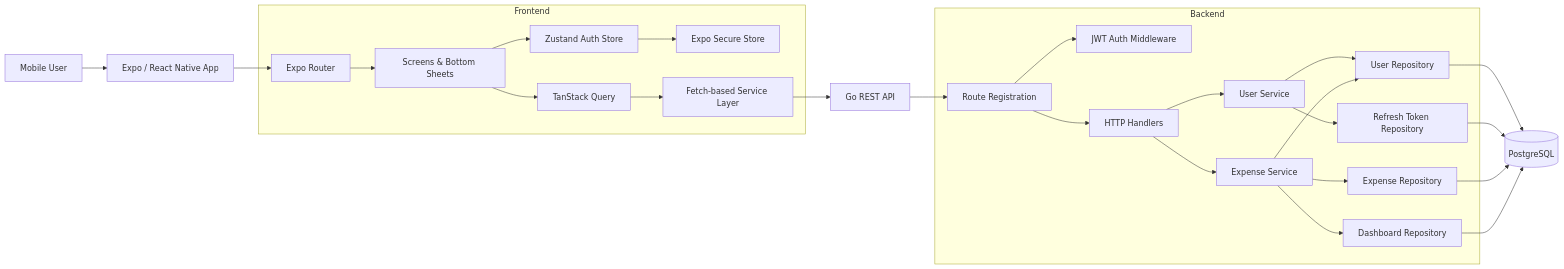
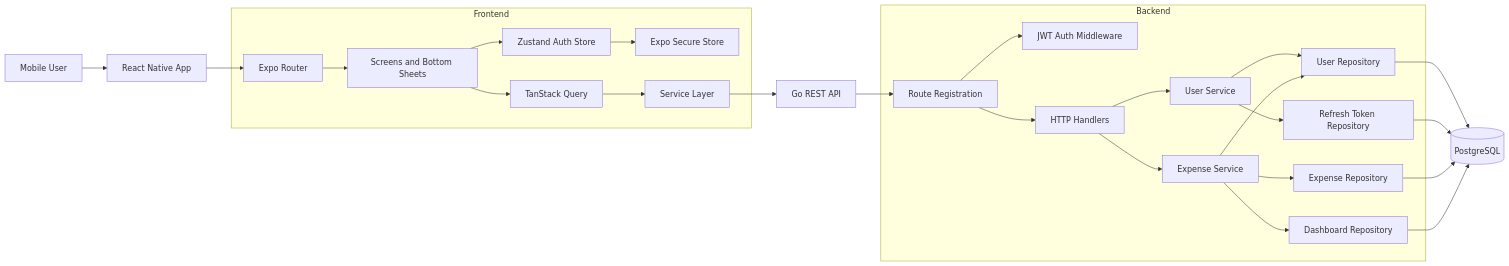
One commit to rishabh-2410/spendster changed the first of 3 diagrams in README.md. Above: the diagram before and after it, drawn with Mermaid. The commit also changed other lines of this file, not shown here.

Commit message:
update er diagram

````diff
--- a/README.md
+++ b/README.md
@@ -96,50 +89,54 @@
 ```mermaid
 flowchart LR
-    User["Mobile User"] --> App["Expo / React Native App"]
 
-    subgraph Frontend["Frontend"]
-        Router["Expo Router"]
-        Screens["Screens & Bottom Sheets"]
-        Query["TanStack Query"]
-        AuthStore["Zustand Auth Store"]
-        SecureStore["Expo Secure Store"]
-        Services["Fetch-based Service Layer"]
+    user["Mobile User"] --> app["React Native App"]
+
+    subgraph frontend["Frontend"]
+        router["Expo Router"]
+        screens["Screens and Bottom Sheets"]
+        query["TanStack Query"]
+        authStore["Zustand Auth Store"]
+        secureStore["Expo Secure Store"]
+        services["Service Layer"]
     end
 
-    App --> Router
-    Router --> Screens
-    Screens --> Query
-    Screens --> AuthStore
-    AuthStore --> SecureStore
-    Query --> Services
+    app --> router
+    router --> screens
+    screens --> query
+    screens --> authStore
+    authStore --> secureStore
+    query --> services
 
-    Services --> API["Go REST API"]
+    services --> api["Go REST API"]
 
-    subgraph Backend["Backend"]
-        Routes["Route Registration"]
-        Middleware["JWT Auth Middleware"]
-        Handlers["HTTP Handlers"]
-        UserService["User Service"]
-        ExpenseService["Expense Service"]
-        UserRepo["User Repository"]
-        TokenRepo["Refresh Token Repository"]
-        ExpenseRepo["Expense Repository"]
-        DashboardRepo["Dashboard Repository"]
+    subgraph backend["Backend"]
+        routes["Route Registration"]
+        middleware["JWT Auth Middleware"]
+        handlers["HTTP Handlers"]
+        userService["User Service"]
+        expenseService["Expense Service"]
+        userRepo["User Repository"]
+        tokenRepo["Refresh Token Repository"]
+        expenseRepo["Expense Repository"]
+        dashboardRepo["Dashboard Repository"]
     end
 
-    API --> Routes
-    Routes --> Middleware
-    Routes --> Handlers
-    Handlers --> UserService
-    Handlers --> ExpenseService
-    UserService --> UserRepo
-    UserService --> TokenRepo
-    ExpenseService --> UserRepo
-    ExpenseService --> ExpenseRepo
-    ExpenseService --> DashboardRepo
+    api --> routes
+    routes --> middleware
+    routes --> handlers
 
-    UserRepo --> DB[("PostgreSQL")]
-    TokenRepo --> DB
-    ExpenseRepo --> DB
-    DashboardRepo --> DB
+    handlers --> userService
+    handlers --> expenseService
+
+    userService --> userRepo
+    userService --> tokenRepo
+
+    expenseService --> userRepo
+    expenseService --> expenseRepo
+    expenseService --> dashboardRepo
+
+    userRepo --> db[("PostgreSQL")]
+    tokenRepo --> db
+    expenseRepo --> db
+    dashboardRepo --> db
 ```
````
